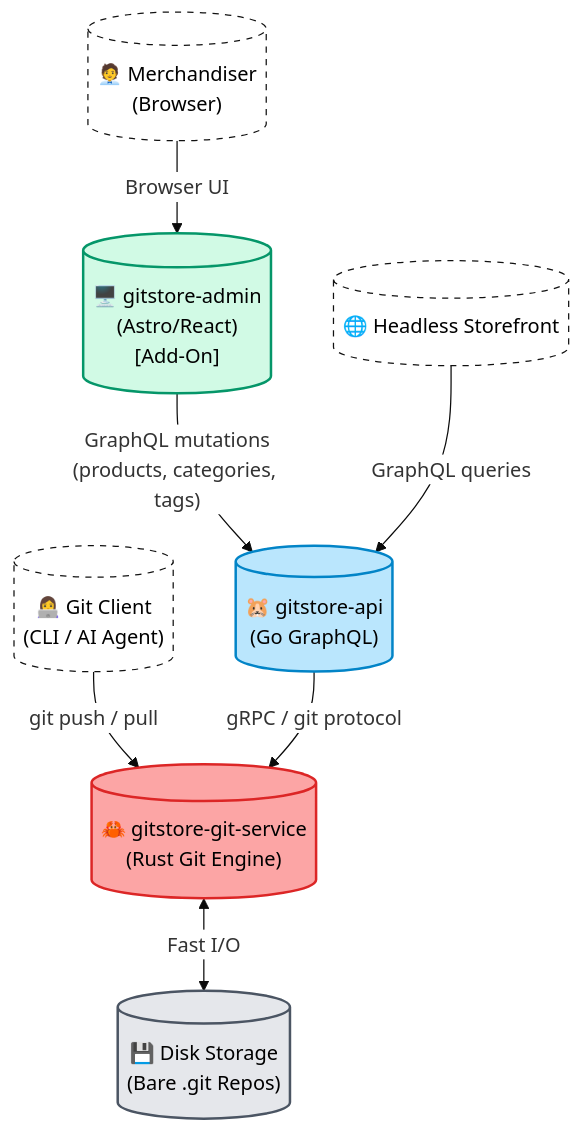
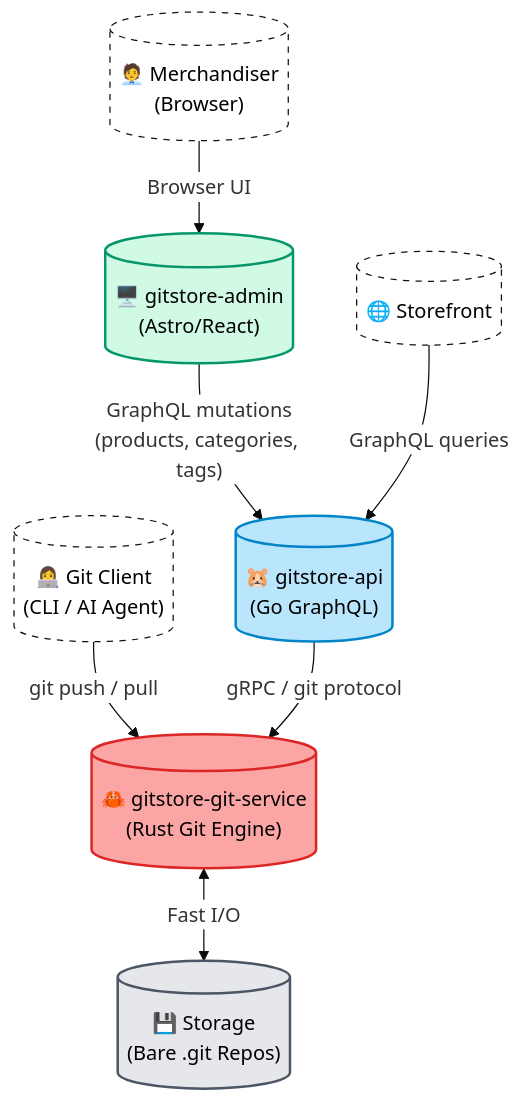
The diagram in docs/admin/architecture.md (gitstore-dev/GitStore), drawn with Mermaid before and after one commit. The commit also changed other lines of this file and 14 other files, not shown here.

````diff
--- a/docs/admin/architecture.md
+++ b/docs/admin/architecture.md
@@ -7,25 +7,25 @@
 ```mermaid
 %%{init: {'theme': 'base', 'themeVariables': { 'primaryColor': '#E5E7EB', 'edgeLabelBackground':'#ffffff', 'tertiaryColor': '#fff'}}}%%
 graph TD
     Merchandiser[("🧑‍💼 Merchandiser\n(Browser)")]:::external
     GitClient[("👩‍💻 Git Client\n(CLI / AI Agent)")]:::external
-    Storefront[("🌐 Headless Storefront")]:::external
+    Storefront[("🌐 Storefront")]:::external
 
-    Admin[("🖥️ gitstore-admin\n(Astro/React)\n[Add-On]")]:::addon
+    Admin[("🖥️ gitstore-admin\n(Astro/React)")]:::addon
     API[("🐹 gitstore-api\n(Go GraphQL)")]:::go
     Git[("🦀 gitstore-git-service\n(Rust Git Engine)")]:::rust
-    Disk[("💾 Disk Storage\n(Bare .git Repos)")]:::infra
+    Disk[("💾 Storage\n(Bare .git Repos)")]:::infra
 
     Merchandiser -->|"Browser UI"| Admin
     Admin -->|"GraphQL mutations\n(products, categories, tags)"| API
     GitClient -->|"git push / pull"| Git
     API -->|"gRPC / git protocol"| Git
     Git <-->|"Fast I/O"| Disk
     Storefront -->|"GraphQL queries"| API
 
     classDef rust fill:#FCA5A5,stroke:#DC2626,stroke-width:2px,color:#000;
     classDef go fill:#BAE6FD,stroke:#0284C7,stroke-width:2px,color:#000;
     classDef addon fill:#D1FAE5,stroke:#059669,stroke-width:2px,color:#000;
     classDef infra fill:#E5E7EB,stroke:#4B5563,stroke-width:2px,color:#000;
     classDef external fill:#fff,stroke:#111,stroke-width:1px,stroke-dasharray: 5 5,color:#000;
 ```
````
